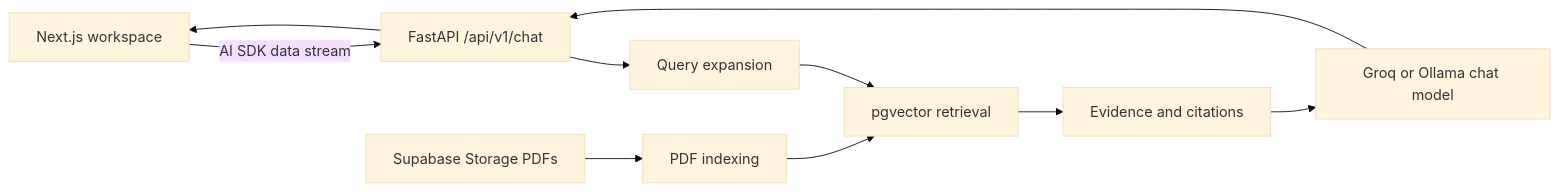
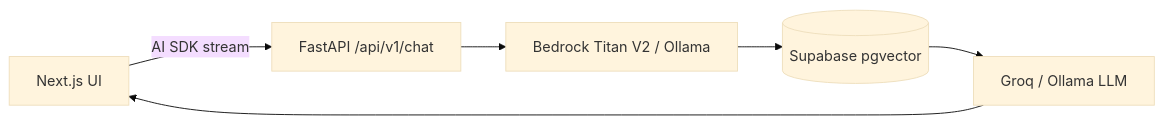
The diagram in README.md (jeanpzh/digemid-farmacite-rag), drawn with Mermaid (base theme) before and after one commit. The commit also changed other lines of this file and 11 other files, not shown here.

First line of the commit message:
feat(embeddings): add AWS Bedrock Titan V2 (1024-dim) provider and migration (#3)

````diff
--- a/README.md
+++ b/README.md
@@ -9,12 +9,8 @@
 ```mermaid
 flowchart LR
-    Browser[Next.js workspace] -->|AI SDK data stream| API[FastAPI /api/v1/chat]
-    API --> Queries[Query expansion]
-    Queries --> Search[pgvector retrieval]
-    Search --> Context[Evidence and citations]
-    Context --> Model[Groq or Ollama chat model]
-    Model --> API
-    API --> Browser
-    Storage[Supabase Storage PDFs] --> Indexer[PDF indexing]
-    Indexer --> Search
+    UI[Next.js UI] -->|AI SDK stream| API[FastAPI /api/v1/chat]
+    API --> Embed[Bedrock Titan V2 / Ollama]
+    Embed --> DB[(Supabase pgvector)]
+    DB --> LLM[Groq / Ollama LLM]
+    LLM --> UI
 ```
````
